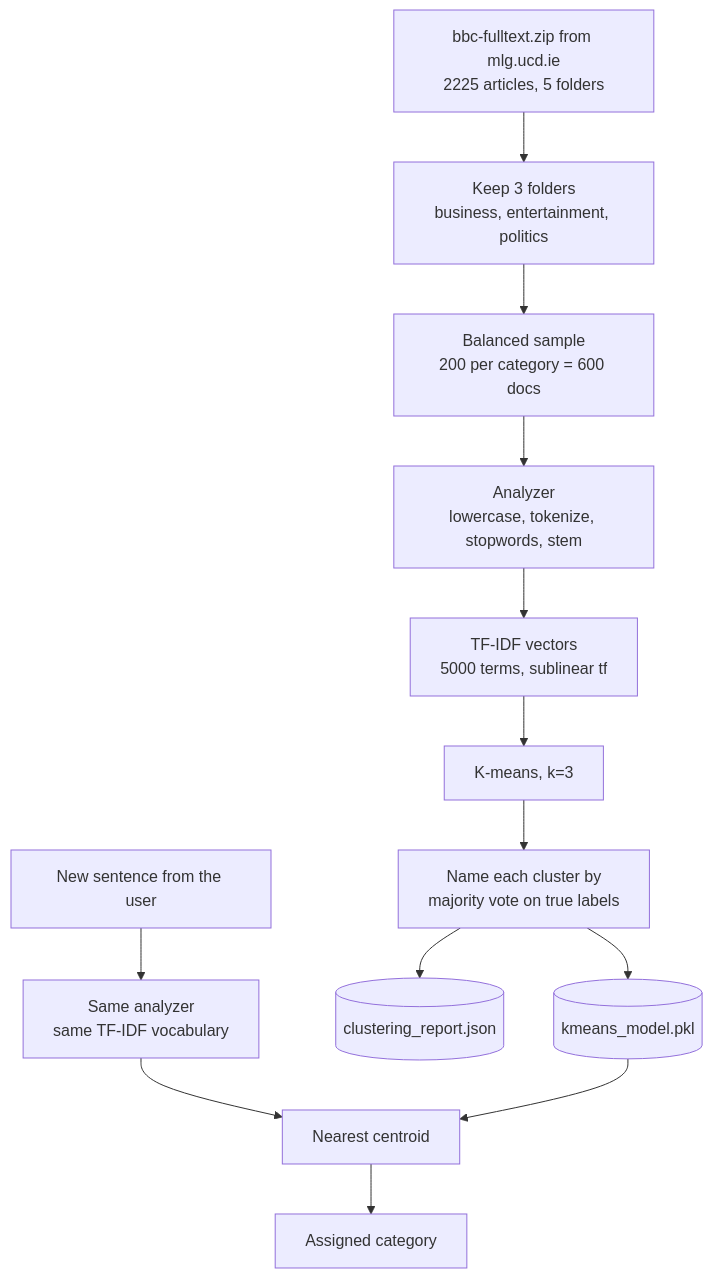
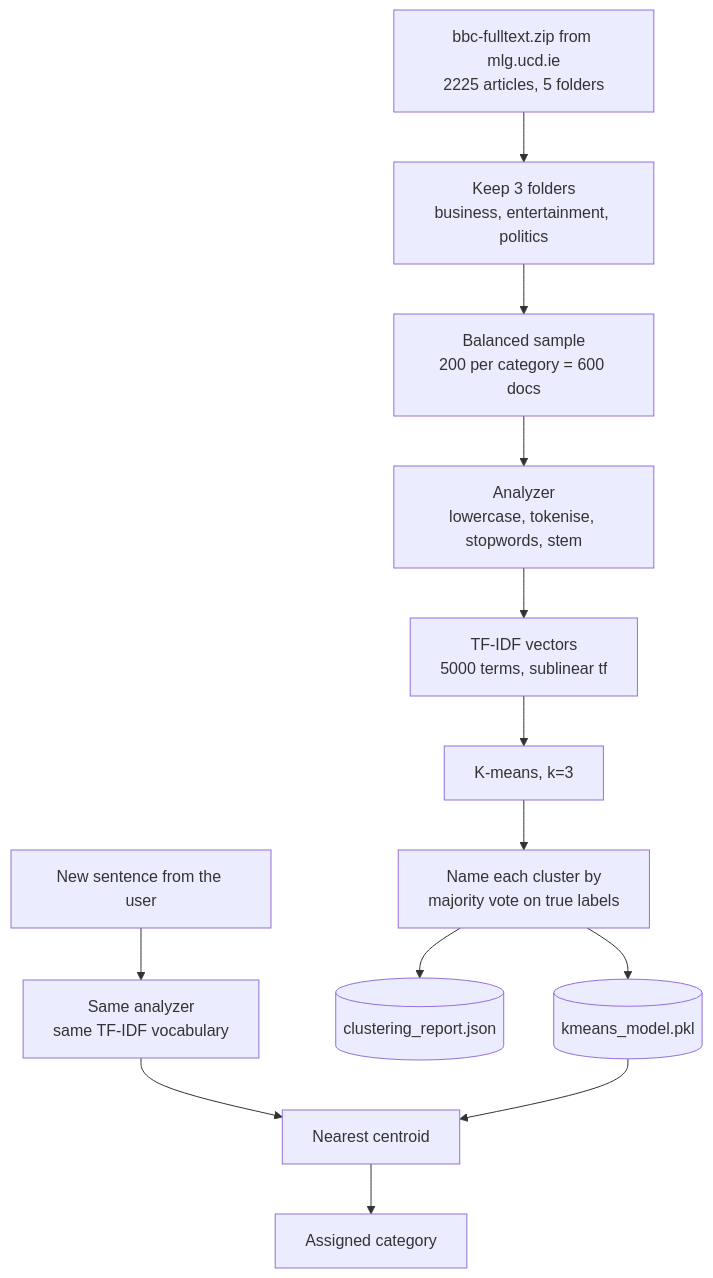
One commit to bhimrazy/st7071cem-ir-assignment changed the first of 2 diagrams in src/clustering/README.md. Above: the diagram before and after it, drawn with Mermaid. The commit also changed 1 other file, not shown here.

Commit message:
Spell tokenise the British way in the module READMEs
Two README lines described the analyser's steps as "tokenize" where
everything else in the project, the report included, uses -ise. The
identifiers analyzer.py and Analyzer keep their spelling: those are
names, not prose, and renaming them would touch every import for a
cosmetic gain.

````diff
--- a/src/clustering/README.md
+++ b/src/clustering/README.md
@@ -13,16 +13,16 @@
 ```mermaid
 flowchart TD
     A[bbc-fulltext.zip from mlg.ucd.ie<br/>2225 articles, 5 folders] --> B[Keep 3 folders<br/>business, entertainment, politics]
     B --> C[Balanced sample<br/>200 per category = 600 docs]
-    C --> D[Analyzer<br/>lowercase, tokenize, stopwords, stem]
+    C --> D[Analyzer<br/>lowercase, tokenise, stopwords, stem]
     D --> E[TF-IDF vectors<br/>5000 terms, sublinear tf]
     E --> F[K-means, k=3]
     F --> G[Name each cluster by<br/>majority vote on true labels]
     G --> H[(kmeans_model.pkl)]
     G --> I[(clustering_report.json)]
 
     J[New sentence from the user] --> K[Same analyzer<br/>same TF-IDF vocabulary]
     K --> L[Nearest centroid]
     H --> L
     L --> M[Assigned category]
 ```
````
